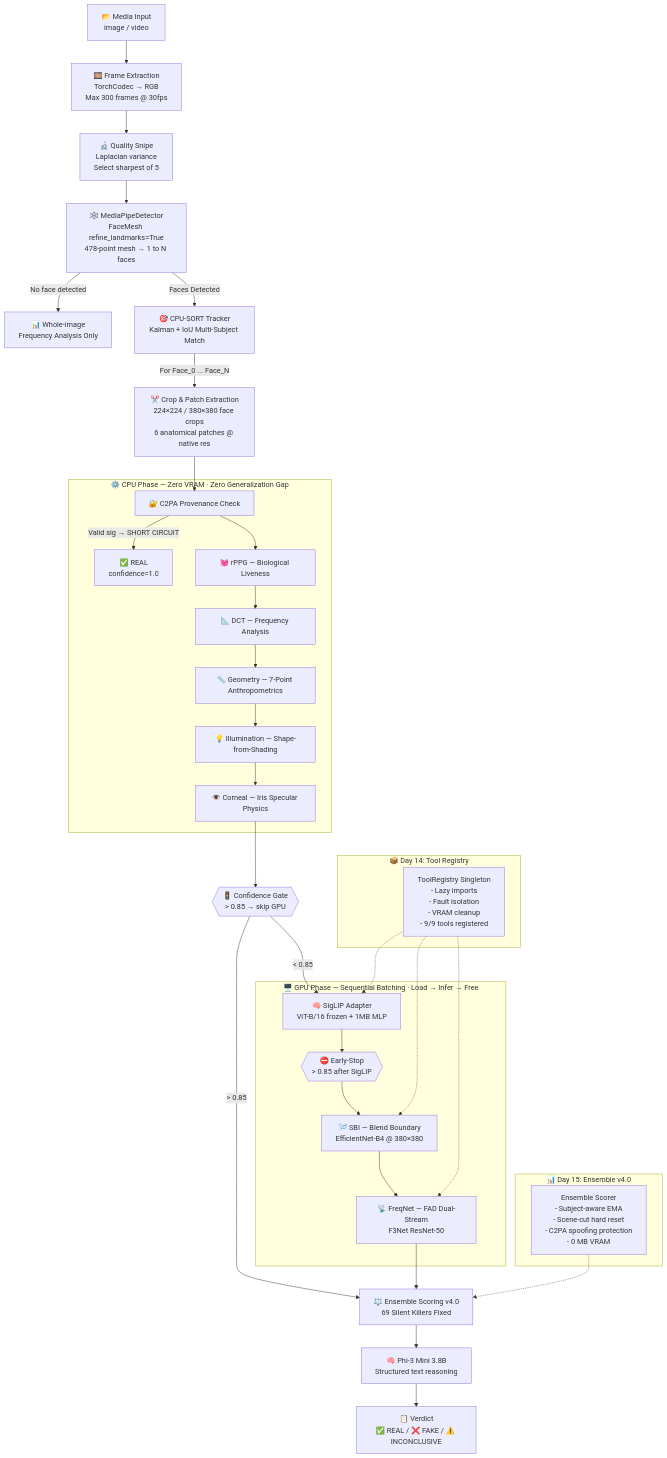
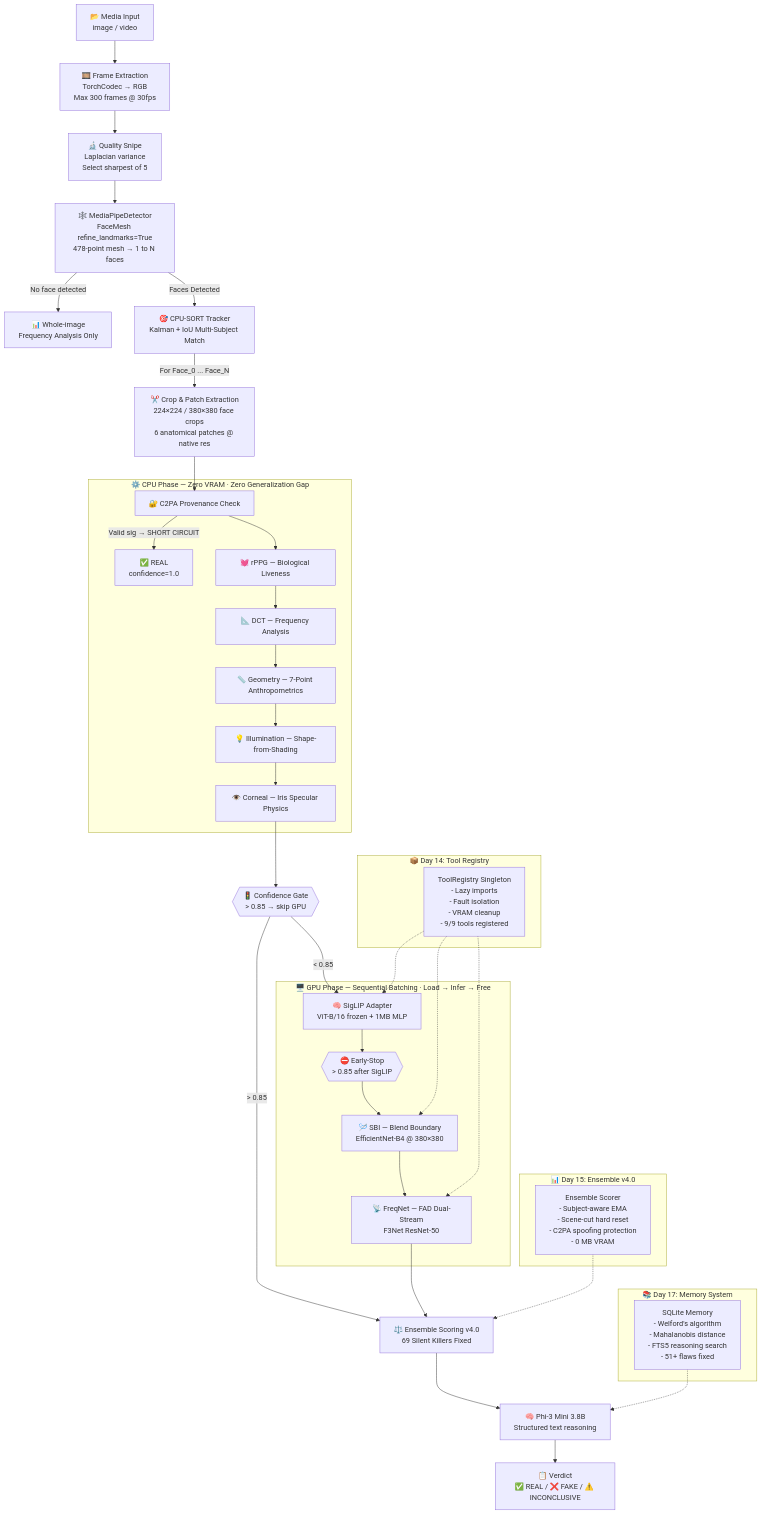
One commit to gaurav337/Aegis-X changed the diagram in README.md. Above: the diagram before and after it, drawn with Mermaid. The commit also changed other lines of this file and 2 other files, not shown here.

Commit message:
phase 4 entry

````diff
--- a/README.md
+++ b/README.md
@@ -45,46 +34,43 @@
 ```mermaid
 flowchart TD
-    A["📂 Media Input<br/>image / video"] --> B["🎞️ Frame Extraction<br/>TorchCodec → RGB<br/>Max 300 frames @ 30fps"]
-    B --> C["🔬 Quality Snipe<br/>Laplacian variance<br/>Select sharpest of 5"]
-    C --> D["🕸️ MediaPipeDetector<br/>FaceMesh refine_landmarks=True<br/>478-point mesh → 1 to N faces"]
-    D -->|"No face detected"| E["📊 Whole-image<br/>Frequency Analysis Only"]
-    D -->|"Faces Detected"| SORT["🎯 CPU-SORT Tracker<br/>Kalman + IoU Multi-Subject Match"]
-    SORT -->|For Face_0 ... Face_N| F["✂️ Crop & Patch Extraction<br/>224×224 / 380×380 face crops<br/>6 anatomical patches @ native res"]
-    F --> G
-    
-    subgraph CPU ["⚙️ CPU Phase — Zero VRAM · Zero Generalization Gap"]
-        G["🔐 C2PA Provenance Check"] -->|"Valid sig → SHORT CIRCUIT"| Z["✅ REAL<br/>confidence=1.0"]
-        G --> H["💓 rPPG — Biological Liveness"]
-        H --> I["📐 DCT — Frequency Analysis"]
-        I --> J["📏 Geometry — 7-Point Anthropometrics"]
-        J --> K["💡 Illumination — Shape-from-Shading"]
-        K --> L["👁️ Corneal — Iris Specular Physics"]
-    end
-    
-    L --> M{{"🚦 Confidence Gate<br/>> 0.85 → skip GPU"}}
-    M -->|"< 0.85"| N
-    
-    subgraph GPU ["🖥️ GPU Phase — Sequential Batching · Load → Infer → Free"]
-        N["🧠 SigLIP Adapter<br/>ViT-B/16 frozen + 1MB MLP"] --> O{{"⛔ Early-Stop<br/>> 0.85 after SigLIP"}}
-        O --> P["🪡 SBI — Blend Boundary<br/>EfficientNet-B4 @ 380×380"]
-        P --> Q["📡 FreqNet — FAD Dual-Stream<br/>F3Net ResNet-50"]
-    end
-    
-    M -->|"> 0.85"| R
-    Q --> R["⚖️ Ensemble Scoring v4.0<br/>69 Silent Killers Fixed"]
-    R --> S["🧠 Phi-3 Mini 3.8B<br/>Structured text reasoning"]
-    S --> T["📋 Verdict<br/>✅ REAL / ❌ FAKE / ⚠️ INCONCLUSIVE"]
-    
-    subgraph Registry ["📦 Day 14: Tool Registry"]
-        REG["ToolRegistry Singleton<br/>- Lazy imports<br/>- Fault isolation<br/>- VRAM cleanup<br/>- 9/9 tools registered"]
-    end
-    
-    subgraph Ensemble ["📊 Day 15: Ensemble v4.0"]
-        ENS["Ensemble Scorer<br/>- Subject-aware EMA<br/>- Scene-cut hard reset<br/>- C2PA spoofing protection<br/>- 0 MB VRAM"]
-    end
-    
-    REG -.-> N
-    REG -.-> P
-    REG -.-> Q
-    ENS -.-> R
+A["📂 Media Input<br/>image / video"] --> B["🎞️ Frame Extraction<br/>TorchCodec → RGB<br/>Max 300 frames @ 30fps"]
+B --> C["🔬 Quality Snipe<br/>Laplacian variance<br/>Select sharpest of 5"]
+C --> D["🕸️ MediaPipeDetector<br/>FaceMesh refine_landmarks=True<br/>478-point mesh → 1 to N faces"]
+D -->|"No face detected"| E["📊 Whole-image<br/>Frequency Analysis Only"]
+D -->|"Faces Detected"| SORT["🎯 CPU-SORT Tracker<br/>Kalman + IoU Multi-Subject Match"]
+SORT -->|For Face_0 ... Face_N| F["✂️ Crop & Patch Extraction<br/>224×224 / 380×380 face crops<br/>6 anatomical patches @ native res"]
+F --> G
+subgraph CPU ["⚙️ CPU Phase — Zero VRAM · Zero Generalization Gap"]
+G["🔐 C2PA Provenance Check"] -->|"Valid sig → SHORT CIRCUIT"| Z["✅ REAL<br/>confidence=1.0"]
+G --> H["💓 rPPG — Biological Liveness"]
+H --> I["📐 DCT — Frequency Analysis"]
+I --> J["📏 Geometry — 7-Point Anthropometrics"]
+J --> K["💡 Illumination — Shape-from-Shading"]
+K --> L["👁️ Corneal — Iris Specular Physics"]
+end
+L --> M{{"🚦 Confidence Gate<br/>> 0.85 → skip GPU"}}
+M -->|"< 0.85"| N
+subgraph GPU ["🖥️ GPU Phase — Sequential Batching · Load → Infer → Free"]
+N["🧠 SigLIP Adapter<br/>ViT-B/16 frozen + 1MB MLP"] --> O{{"⛔ Early-Stop<br/>> 0.85 after SigLIP"}}
+O --> P["🪡 SBI — Blend Boundary<br/>EfficientNet-B4 @ 380×380"]
+P --> Q["📡 FreqNet — FAD Dual-Stream<br/>F3Net ResNet-50"]
+end
+M -->|"> 0.85"| R
+Q --> R["⚖️ Ensemble Scoring v4.0<br/>69 Silent Killers Fixed"]
+R --> S["🧠 Phi-3 Mini 3.8B<br/>Structured text reasoning"]
+S --> T["📋 Verdict<br/>✅ REAL / ❌ FAKE / ⚠️ INCONCLUSIVE"]
+subgraph Registry ["📦 Day 14: Tool Registry"]
+REG["ToolRegistry Singleton<br/>- Lazy imports<br/>- Fault isolation<br/>- VRAM cleanup<br/>- 9/9 tools registered"]
+end
+subgraph Ensemble ["📊 Day 15: Ensemble v4.0"]
+ENS["Ensemble Scorer<br/>- Subject-aware EMA<br/>- Scene-cut hard reset<br/>- C2PA spoofing protection<br/>- 0 MB VRAM"]
+end
+subgraph Memory ["📚 Day 17: Memory System"]
+MEM["SQLite Memory<br/>- Welford's algorithm<br/>- Mahalanobis distance<br/>- FTS5 reasoning search<br/>- 51+ flaws fixed"]
+end
+REG -.-> N
+REG -.-> P
+REG -.-> Q
+ENS -.-> R
+MEM -.-> S
 ```
````
